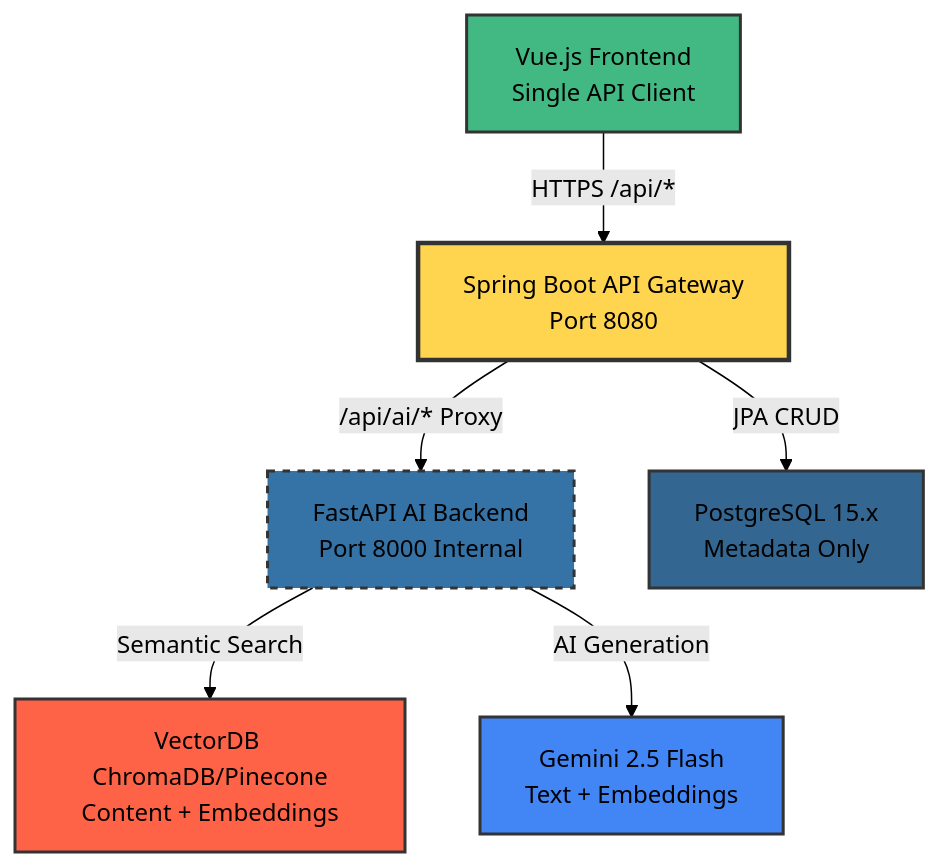
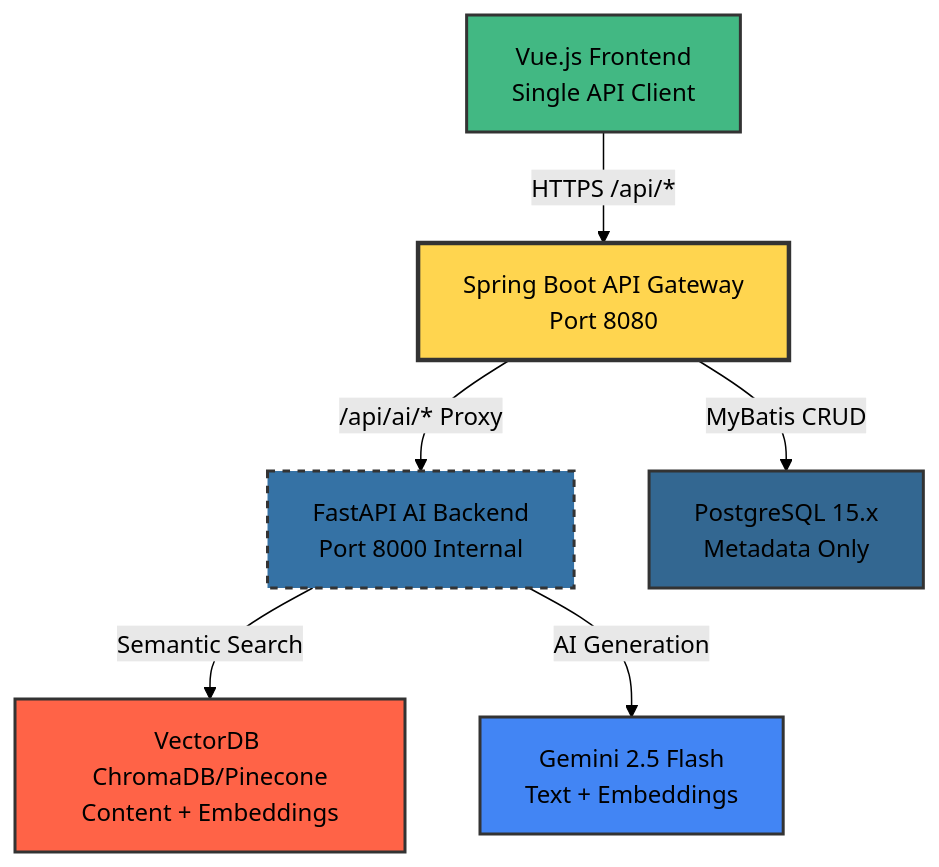
One commit to SideProjectSFY/gajiFE changed the diagram in README.md. Above: the diagram before and after it, drawn with Mermaid (forest theme).

Commit message:
Feat: Update database interaction method in README JPA to Mybatis

````diff
--- a/README.md
+++ b/README.md
@@ -59,15 +59,15 @@
 ```mermaid
 graph TD
     A[Vue.js Frontend<br/>Single API Client] -->|HTTPS /api/*| B[Spring Boot API Gateway<br/>Port 8080]
     B -->|/api/ai/* Proxy| C[FastAPI AI Backend<br/>Port 8000 Internal]
-    B -->|JPA CRUD| D[PostgreSQL 15.x<br/>Metadata Only]
+    B -->|MyBatis CRUD| D[PostgreSQL 15.x<br/>Metadata Only]
     C -->|Semantic Search| E[VectorDB ChromaDB/Pinecone<br/>Content + Embeddings]
     C -->|AI Generation| F[Gemini 2.5 Flash<br/>Text + Embeddings]
 
     style A fill:#42b883,stroke:#333,stroke-width:2px
     style B fill:#FFD54F,stroke:#333,stroke-width:3px
     style C fill:#3572A5,stroke:#333,stroke-width:2px,stroke-dasharray: 5 5
     style D fill:#336791,stroke:#333,stroke-width:2px
     style E fill:#FF6347,stroke:#333,stroke-width:2px
     style F fill:#4285F4,stroke:#333,stroke-width:2px
 ```
````
